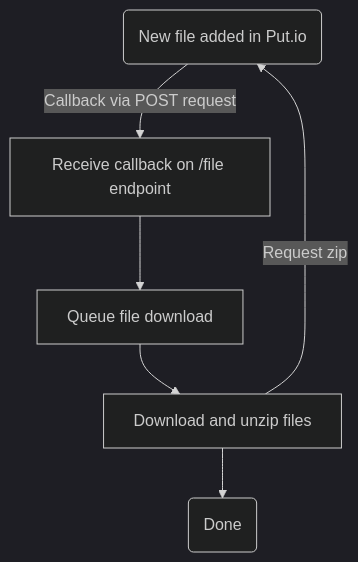
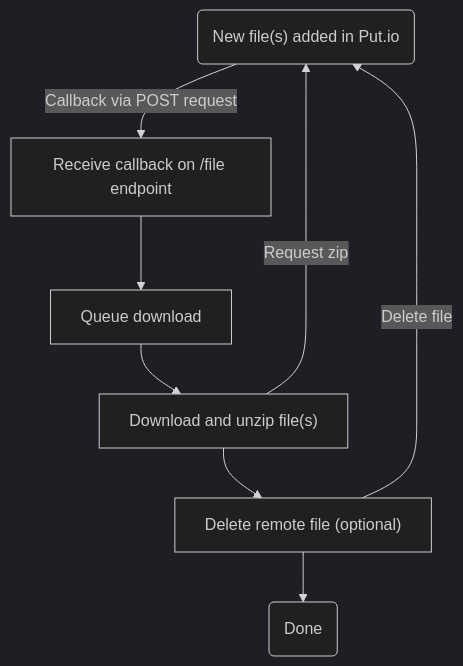
Before and after one commit to jmugliston/putio-downloader: the diagram in README.md, drawn with Mermaid (dark theme). The commit also changed other lines of this file and 3 other files, not shown here.

Commit message:
feat: config for remote file delete after download

````diff
--- a/README.md
+++ b/README.md
@@ -25,8 +25,10 @@
 ```mermaid
 flowchart TD
-    A(New file added in Put.io) -->|Callback via POST request| B
+    A("New file(s) added in Put.io") -->|Callback via POST request| B
     B[Receive callback on /file endpoint] --> C
-    C[Queue file download] --> D
-    D[Download and unzip files] -->|Request zip| A
-    D --> E(Done)
+    C[Queue download] --> D
+    D["Download and unzip file(s)"] -->|Request zip| A
+    D --> E
+    E-->|Delete file| A
+    E["Delete remote file (optional)"] --> F(Done)
 ```
````
